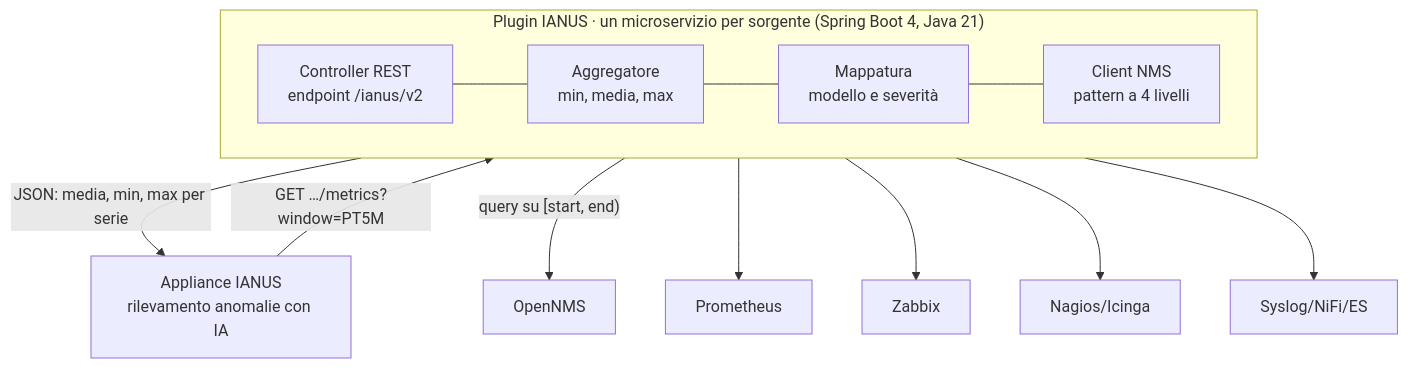
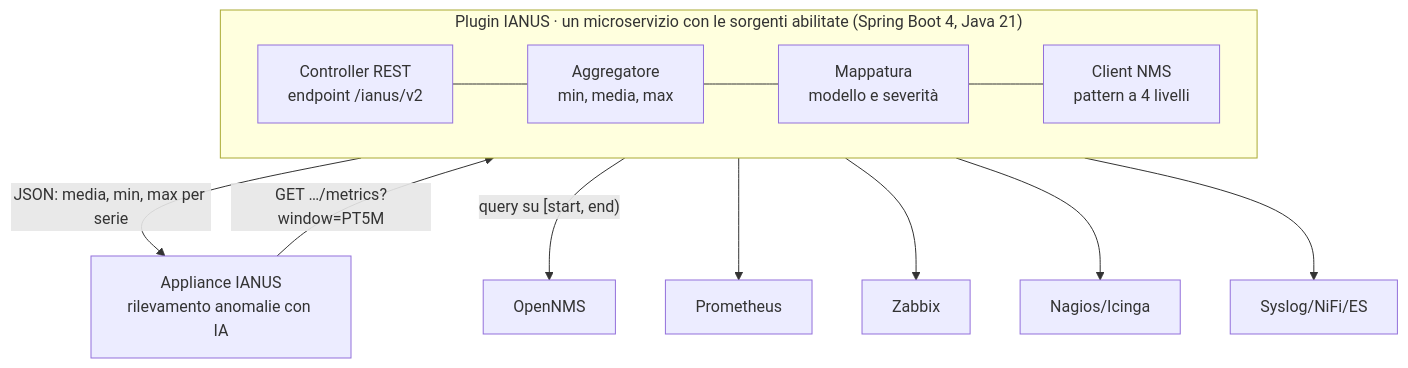
Before and after one commit to rssntn67/ianus-plugin: the diagram in SPECIFICA.md, drawn with Mermaid. The commit also changed other lines of this file, not shown here.

First line of the commit message:
Specifica: un solo servizio per le sorgenti e finestre globali

````diff
--- a/SPECIFICA.md
+++ b/SPECIFICA.md
@@ -28,15 +28,15 @@
 ```mermaid
 flowchart TB
     IANUS["Appliance IANUS<br/>rilevamento anomalie con IA"]
-    subgraph PLUGIN["Plugin IANUS · un microservizio per sorgente (Spring Boot 4, Java 21)"]
+    subgraph PLUGIN["Plugin IANUS · un microservizio con le sorgenti abilitate (Spring Boot 4, Java 21)"]
         direction LR
         CTRL["Controller REST<br/>endpoint /ianus/v2"] --- AGG["Aggregatore<br/>min, media, max"] --- MAP["Mappatura<br/>modello e severità"] --- CLIENT["Client NMS<br/>pattern a 4 livelli"]
     end
     IANUS -- "GET …/metrics?window=PT5M" --> CTRL
     CTRL -- "JSON: media, min, max per serie" --> IANUS
     CLIENT -- "query su [start, end)" --> OPENNMS["OpenNMS"]
     CLIENT --> PROM["Prometheus"]
     CLIENT --> ZBX["Zabbix"]
     CLIENT --> ICINGA["Nagios/Icinga"]
     CLIENT --> SYSLOG["Syslog/NiFi/ES"]
 ```
````
